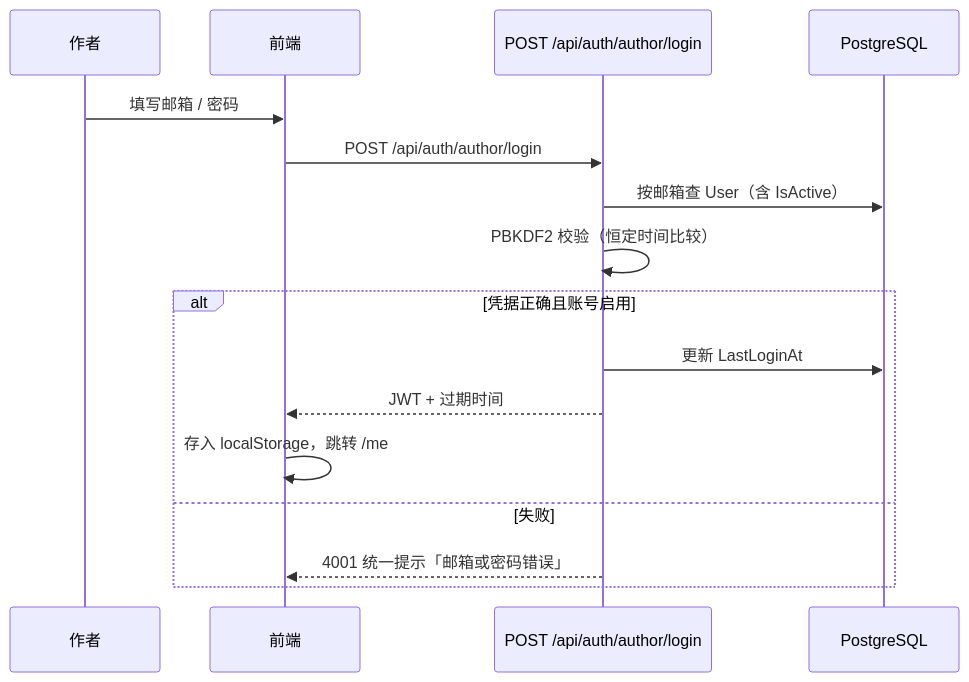
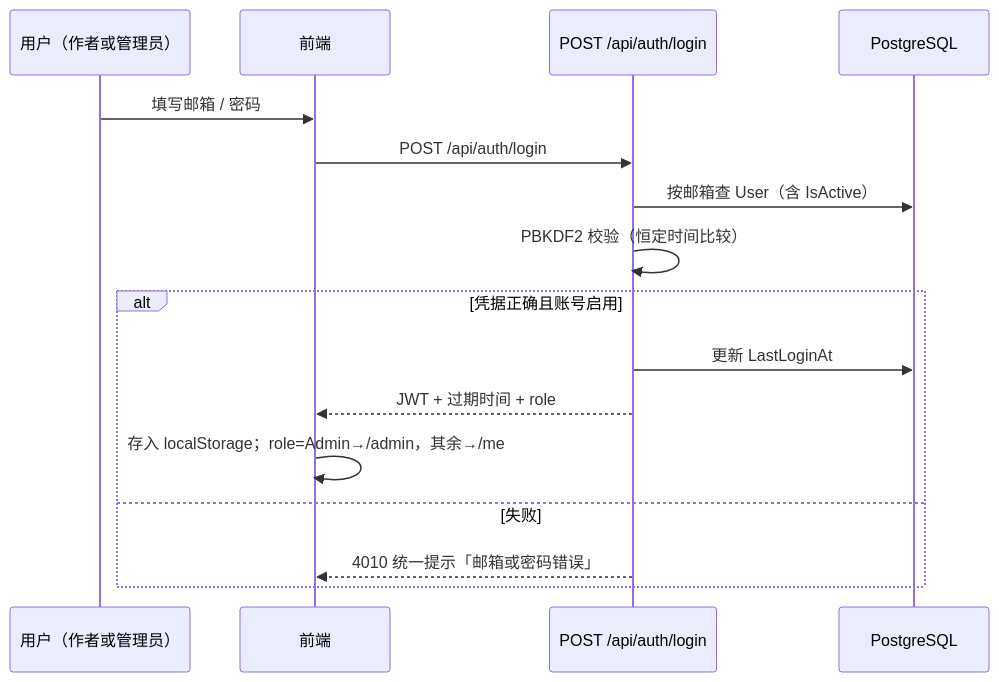
One commit to whyitsy/blog-CI-CD changed the third of 12 diagrams in docs/business.md. Above: the diagram before and after it, drawn with Mermaid. The commit also changed other lines of this file and 4 other files, not shown here.

````diff
--- a/docs/business.md
+++ b/docs/business.md
@@ -196,19 +201,19 @@
 ```mermaid
 sequenceDiagram
-  participant A as 作者
+  participant A as 用户（作者或管理员）
   participant FE as 前端
-  participant API as POST /api/auth/author/login
+  participant API as POST /api/auth/login
   participant DB as PostgreSQL
 
   A->>FE: 填写邮箱 / 密码
-  FE->>API: POST /api/auth/author/login
+  FE->>API: POST /api/auth/login
   API->>DB: 按邮箱查 User（含 IsActive）
   API->>API: PBKDF2 校验（恒定时间比较）
   alt 凭据正确且账号启用
     API->>DB: 更新 LastLoginAt
-    API-->>FE: JWT + 过期时间
-    FE->>FE: 存入 localStorage，跳转 /me
+    API-->>FE: JWT + 过期时间 + role
+    FE->>FE: 存入 localStorage；role=Admin→/admin，其余→/me
   else 失败
-    API-->>FE: 4001 统一提示「邮箱或密码错误」
+    API-->>FE: 4010 统一提示「邮箱或密码错误」
   end
 ```
````
